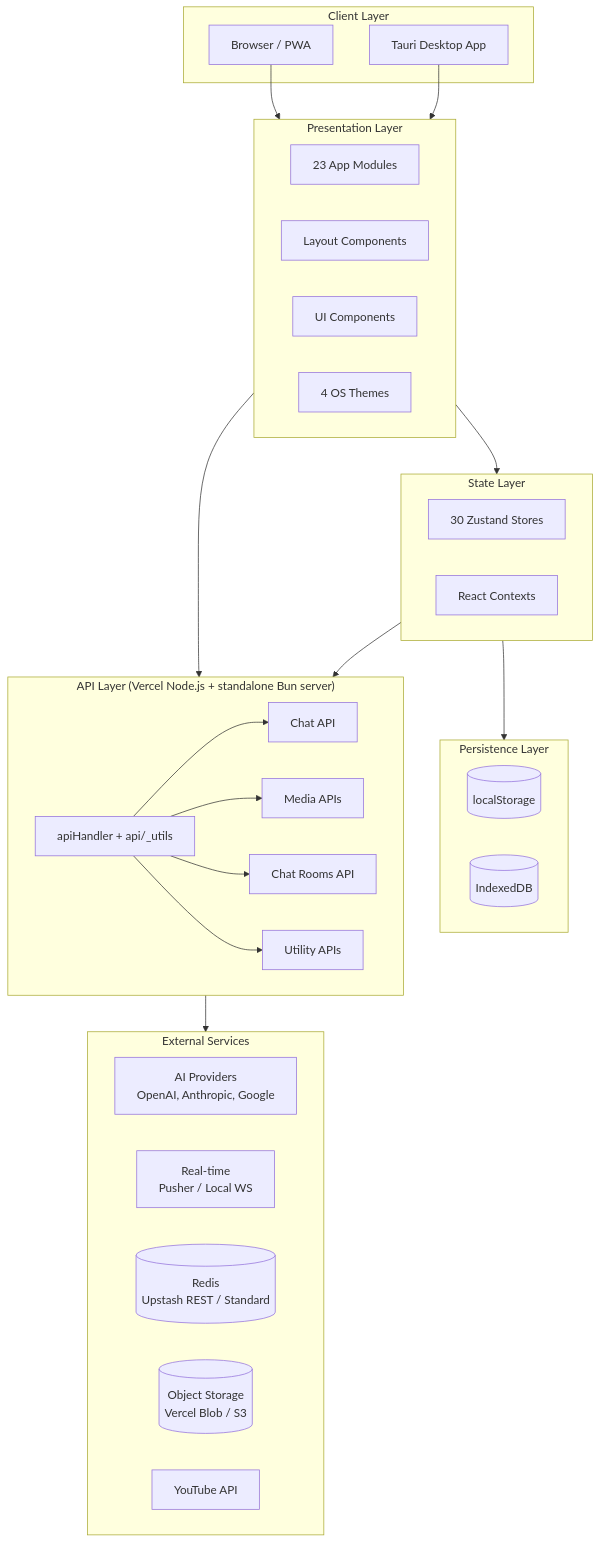
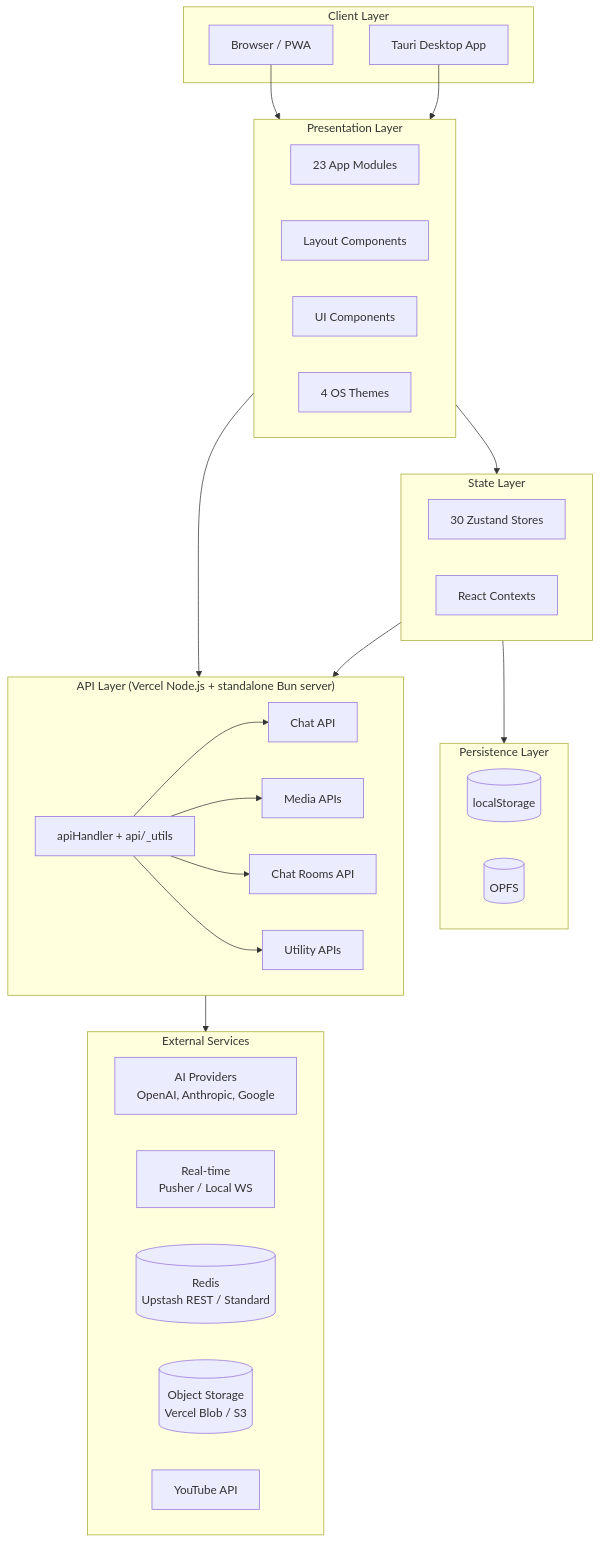
The first of 6 diagrams in docs/1.1-architecture.md (ryokun6/ryos), drawn with Mermaid before and after one commit. The commit also changed 18 other files, not shown here.

````diff
--- a/docs/1.1-architecture.md
+++ b/docs/1.1-architecture.md
@@ -7,52 +7,52 @@
 ```mermaid
 graph TB
     subgraph Client["Client Layer"]
         Browser[Browser / PWA]
         Desktop[Tauri Desktop App]
     end
     
     subgraph Presentation["Presentation Layer"]
         Apps[23 App Modules]
         Layout[Layout Components]
         UI[UI Components]
         Themes[4 OS Themes]
     end
     
     subgraph State["State Layer"]
         Zustand[30 Zustand Stores]
         Contexts[React Contexts]
     end
     
     subgraph Persistence["Persistence Layer"]
         LocalStorage[(localStorage)]
-        IndexedDB[(IndexedDB)]
+        OPFS[(OPFS)]
     end
     
     subgraph API["API Layer (Vercel Node.js + standalone Bun server)"]
         Shared[apiHandler + api/_utils]
         Chat[Chat API]
         Media[Media APIs]
         Rooms[Chat Rooms API]
         Utility[Utility APIs]
     end
     
     subgraph External["External Services"]
         AI[AI Providers<br/>OpenAI, Anthropic, Google]
         Realtime[Real-time<br/>Pusher / Local WS]
         Redis[(Redis<br/>Upstash REST / Standard)]
         ObjectStorage[(Object Storage<br/>Vercel Blob / S3)]
         YouTube[YouTube API]
     end
     
     Browser --> Presentation
     Desktop --> Presentation
     Presentation --> State
     State --> Persistence
     Presentation --> API
     Shared --> Chat
     Shared --> Media
     Shared --> Rooms
     Shared --> Utility
     API --> External
     State --> API
 ```
````
